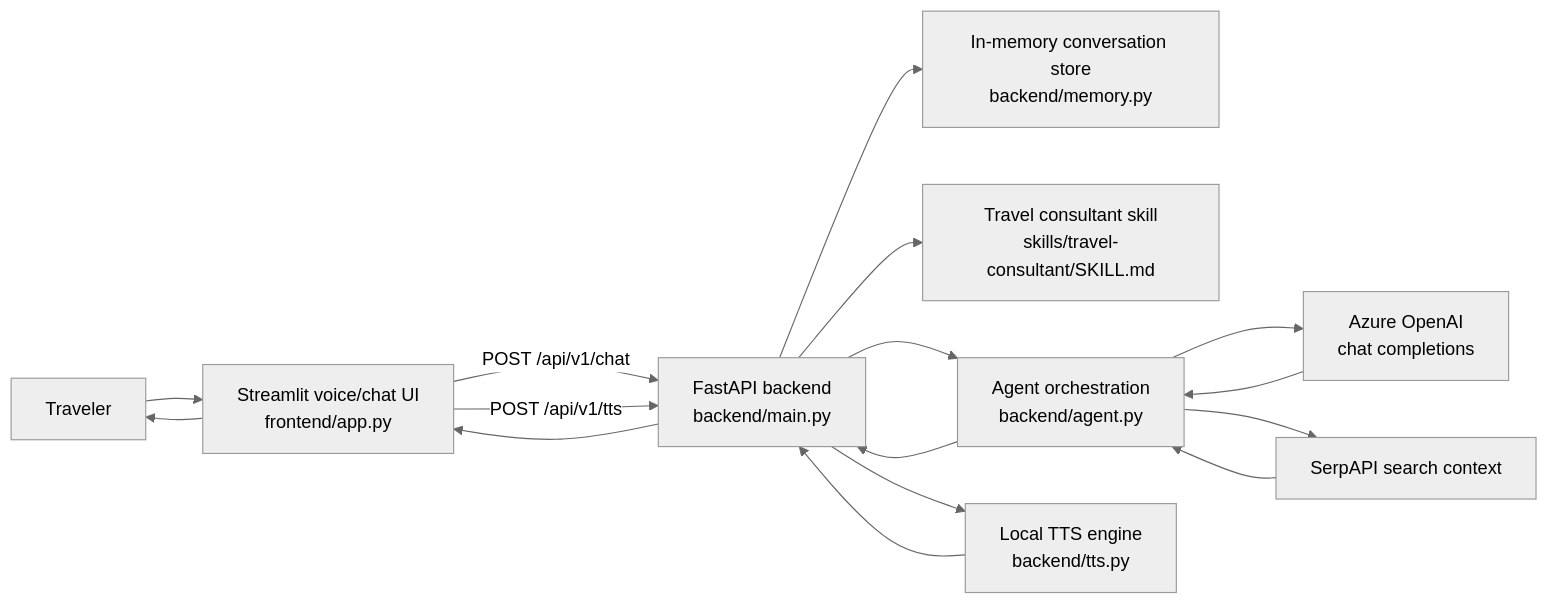
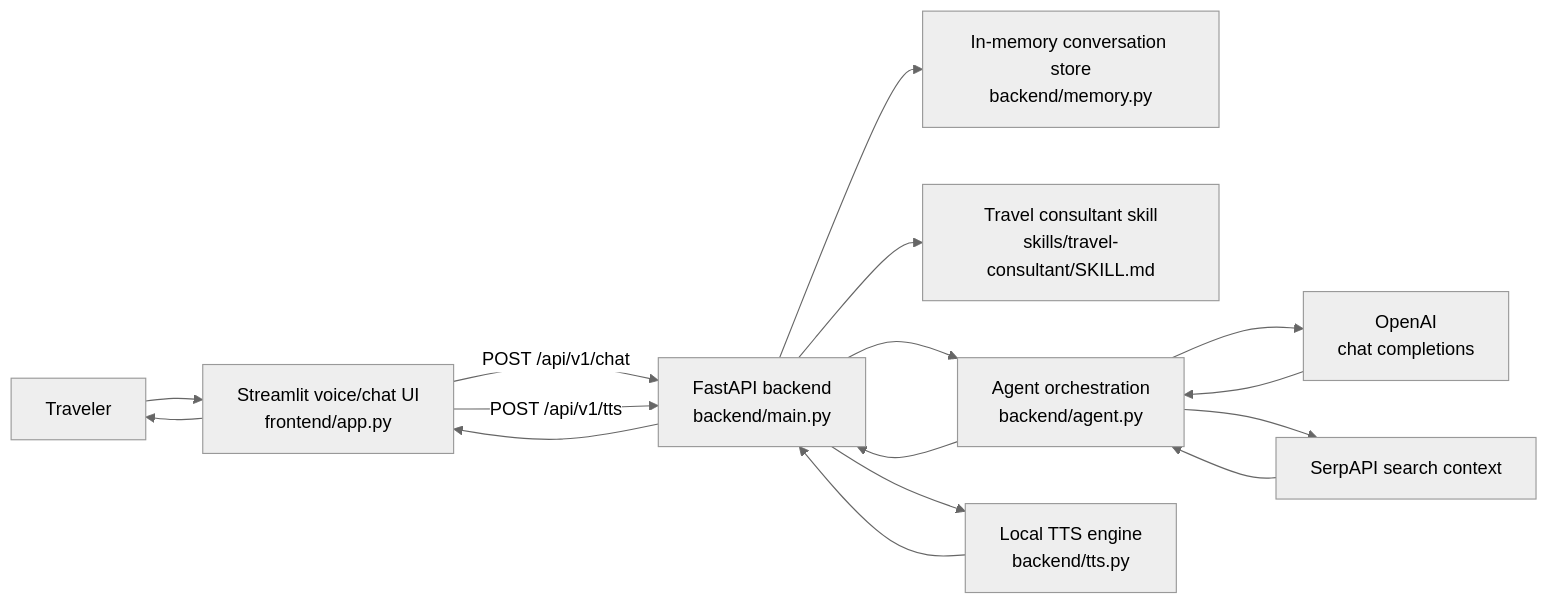
One commit to AlexFromNowherexx/travel-advisor changed the diagram in README.md. Above: the diagram before and after it, drawn with Mermaid (neutral theme). The commit also changed other lines of this file, not shown here.

````diff
--- a/README.md
+++ b/README.md
@@ -22,18 +22,18 @@
 ```mermaid
 flowchart LR
     User[Traveler] --> UI[Streamlit voice/chat UI<br/>frontend/app.py]
     UI -->|POST /api/v1/chat| API[FastAPI backend<br/>backend/main.py]
     UI -->|POST /api/v1/tts| API
     API --> Memory[In-memory conversation store<br/>backend/memory.py]
     API --> Skill[Travel consultant skill<br/>skills/travel-consultant/SKILL.md]
     API --> Agent[Agent orchestration<br/>backend/agent.py]
     API --> TTS[Local TTS engine<br/>backend/tts.py]
-    Agent --> Provider[Azure OpenAI<br/>chat completions]
+    Agent --> Provider[OpenAI<br/>chat completions]
     Agent --> SerpAPI[SerpAPI search context]
     Provider --> Agent
     SerpAPI --> Agent
     Agent --> API
     TTS --> API
     API --> UI
     UI --> User
 ```
````
